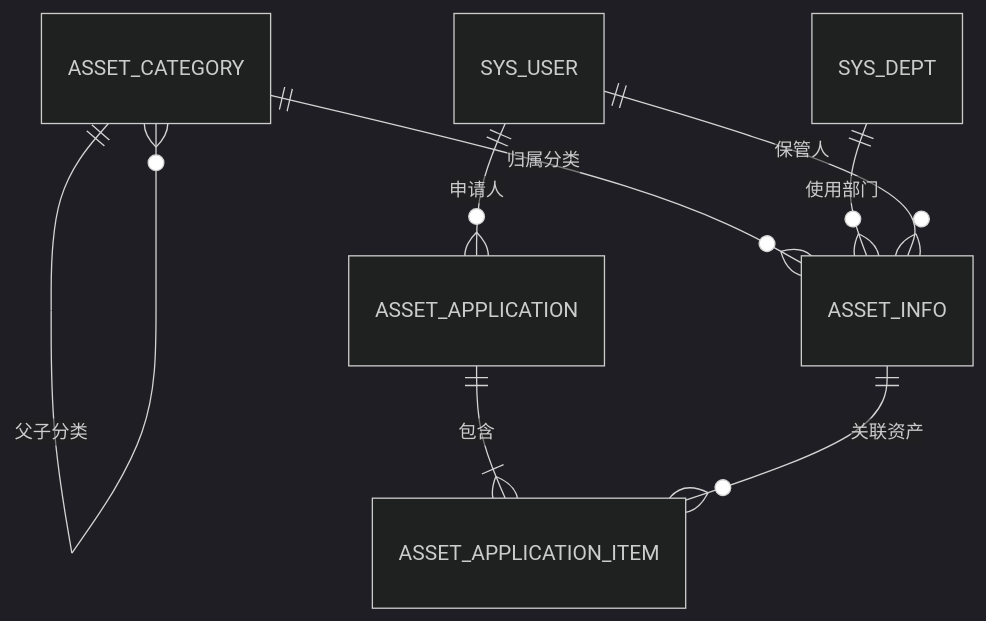
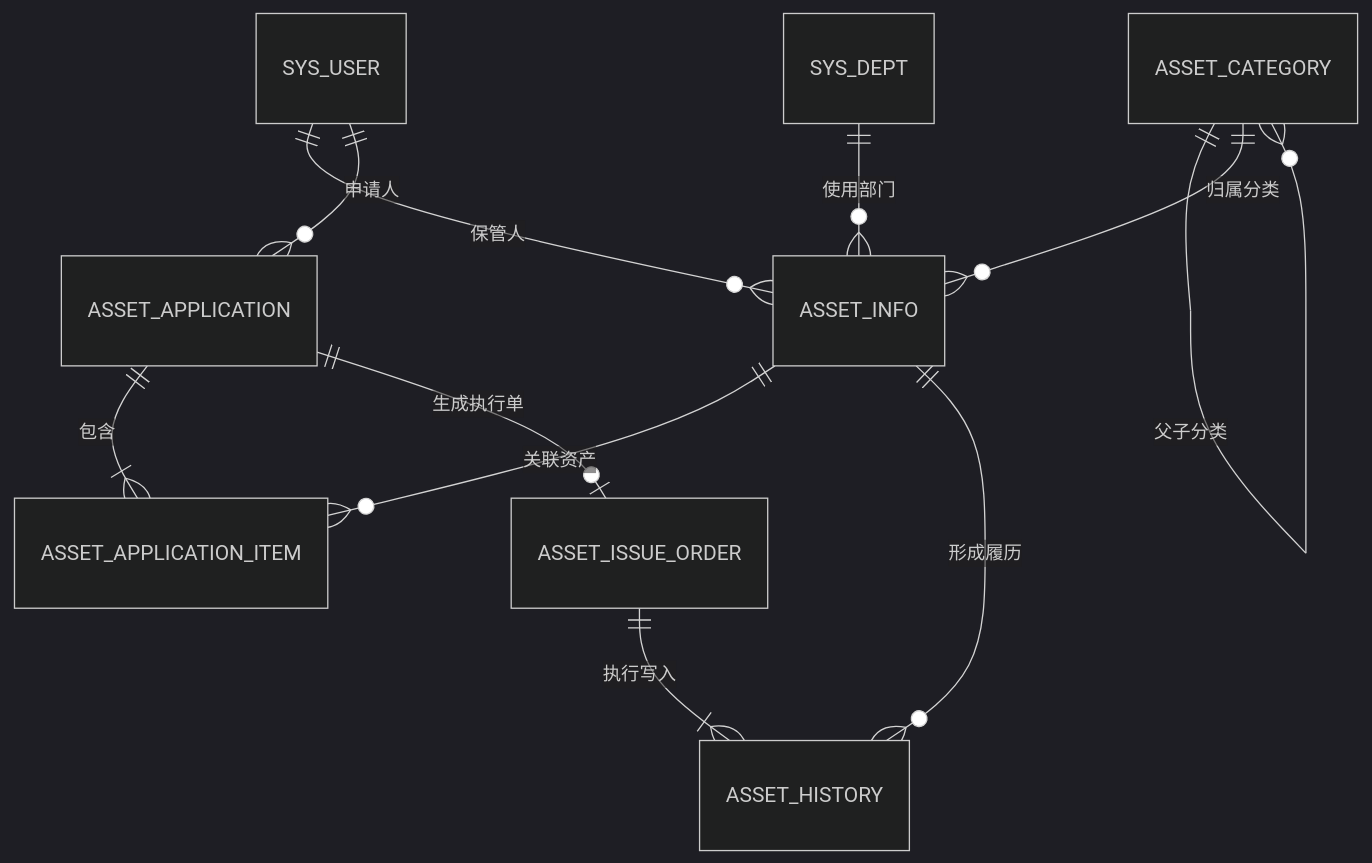
Before and after one commit to S7c7/enterprise-asset-lifecycle-platform: the third of 3 diagrams in README.md, drawn with Mermaid (dark theme). The commit also changed other lines of this file and 39 other files, not shown here.

Commit message:
feat: complete asset issue execution and lifecycle history

````diff
--- a/README.md
+++ b/README.md
@@ -174,10 +179,13 @@
 ```mermaid
 erDiagram
     ASSET_CATEGORY ||--o{ ASSET_CATEGORY : 父子分类
     ASSET_CATEGORY ||--o{ ASSET_INFO : 归属分类
     ASSET_APPLICATION ||--|{ ASSET_APPLICATION_ITEM : 包含
     ASSET_INFO ||--o{ ASSET_APPLICATION_ITEM : 关联资产
+    ASSET_APPLICATION ||--o| ASSET_ISSUE_ORDER : 生成执行单
+    ASSET_ISSUE_ORDER ||--|{ ASSET_HISTORY : 执行写入
+    ASSET_INFO ||--o{ ASSET_HISTORY : 形成履历
     SYS_DEPT ||--o{ ASSET_INFO : 使用部门
     SYS_USER ||--o{ ASSET_INFO : 保管人
     SYS_USER ||--o{ ASSET_APPLICATION : 申请人
 ```
````
